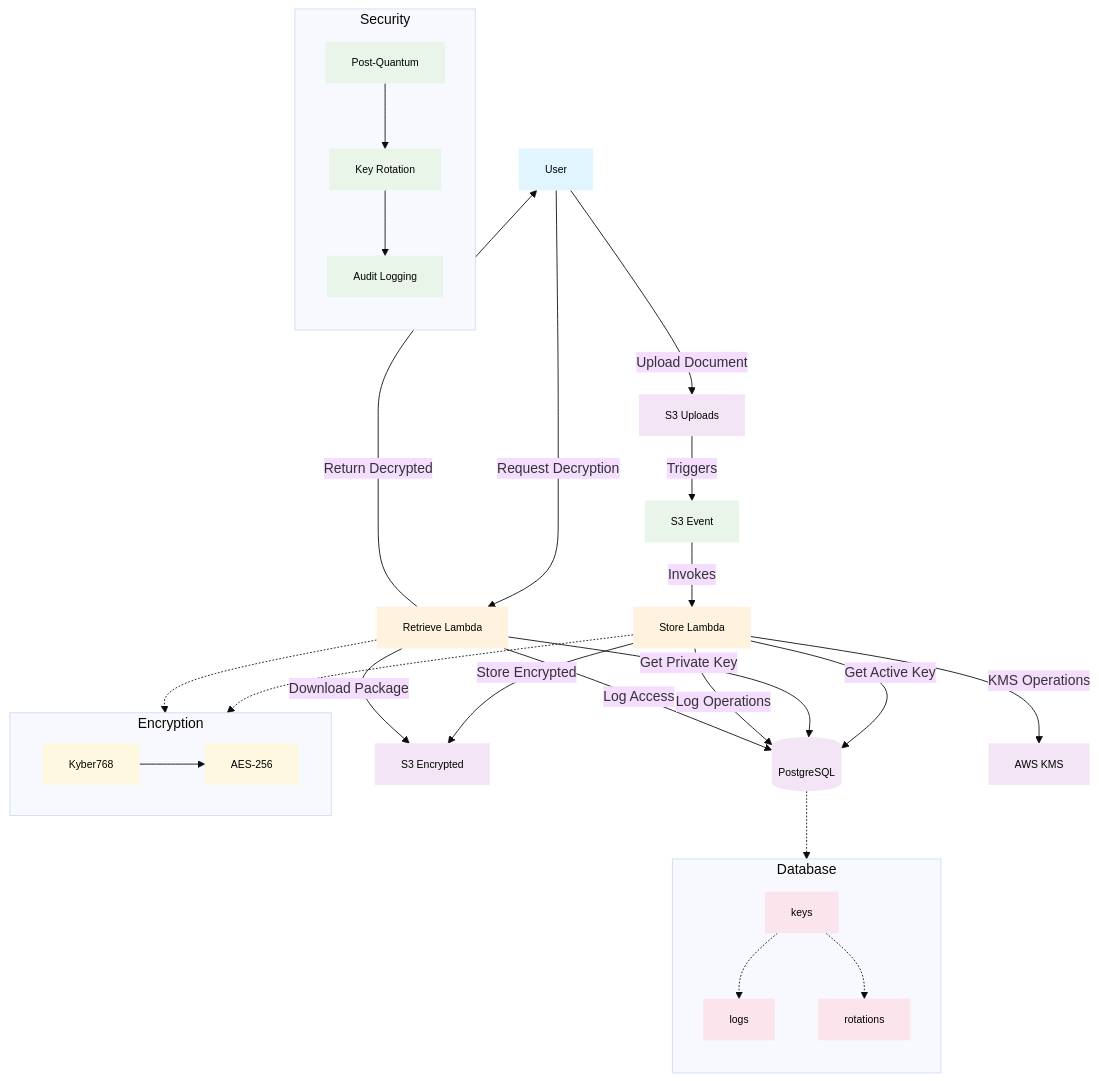
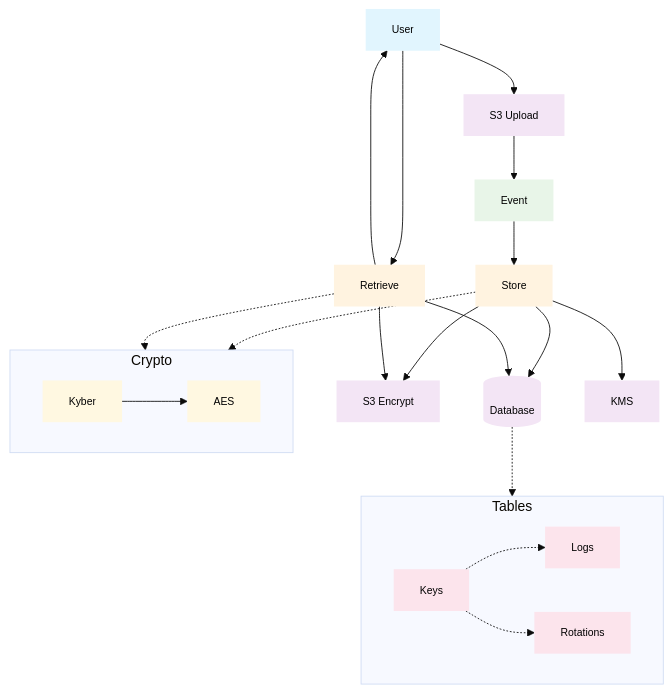
One commit to m1rl0k/pqfile changed the diagram in architecture.mmd. Above: the diagram before and after it, drawn with Mermaid (base theme).

```diff
--- a/architecture.mmd
+++ b/architecture.mmd
@@ -1,86 +1,68 @@
 graph TB
     %% External Components
     User["User"]
-    S3Upload["S3 Uploads"]
-    S3Encrypted["S3 Encrypted"]
+    S3Up["S3 Upload"]
+    S3Enc["S3 Encrypt"]
 
     %% Core Services
-    StoreL["Store Lambda"]
-    RetrieveL["Retrieve Lambda"]
-    DB[("PostgreSQL")]
-    KMS["AWS KMS"]
+    Store["Store"]
+    Retrieve["Retrieve"]
+    DB[("Database")]
+    KMS["KMS"]
 
     %% Event Flow
-    S3Event["S3 Event"]
+    Event["Event"]
     
     %% User Interactions
-    User -->|Upload Document| S3Upload
-    User -->|Request Decryption| RetrieveL
+    User --> S3Up
+    User --> Retrieve
 
     %% Automatic Encryption Flow
-    S3Upload -->|Triggers| S3Event
-    S3Event -->|Invokes| StoreL
-    StoreL -->|Get Active Key| DB
-    StoreL -->|KMS Operations| KMS
-    StoreL -->|Store Encrypted| S3Encrypted
+    S3Up --> Event
+    Event --> Store
+    Store --> DB
+    Store --> KMS
+    Store --> S3Enc
 
     %% Decryption Flow
-    RetrieveL -->|Get Private Key| DB
-    RetrieveL -->|Download Package| S3Encrypted
-    RetrieveL -->|Return Decrypted| User
-
-    %% Database Operations
-    StoreL -->|Log Operations| DB
-    RetrieveL -->|Log Access| DB
+    Retrieve --> DB
+    Retrieve --> S3Enc
+    Retrieve --> User
     
     %% Algorithm Details
-    subgraph Algo ["Encryption"]
-        direction LR
-        Kyber["Kyber768"]
-        AES["AES-256"]
+    subgraph Algo ["Crypto"]
+        Kyber["Kyber"]
+        AES["AES"]
         Kyber --> AES
     end
 
-    StoreL -.-> Algo
-    RetrieveL -.-> Algo
+    Store -.-> Algo
+    Retrieve -.-> Algo
 
     %% Database Schema
-    subgraph DBSchema ["Database"]
-        direction TB
-        EncKeys["keys"]
-        AccessLogs["logs"]
-        KeyRotations["rotations"]
+    subgraph DBSchema ["Tables"]
+        Keys["Keys"]
+        Logs["Logs"]
+        Rots["Rotations"]
 
-        EncKeys -.-> AccessLogs
-        EncKeys -.-> KeyRotations
+        Keys -.-> Logs
+        Keys -.-> Rots
     end
 
     DB -.-> DBSchema
-
-    %% Security Features
-    subgraph Security ["Security"]
-        direction TB
-        PQC["Post-Quantum"]
-        KeyRot["Key Rotation"]
-        Audit["Audit Logging"]
-
-        PQC --> KeyRot
-        KeyRot --> Audit
-    end
     
     %% Styling
-    classDef userClass fill:#e1f5fe,stroke:none,font-size:12px,color:#000
-    classDef lambdaClass fill:#fff3e0,stroke:none,font-size:12px,color:#000
-    classDef storageClass fill:#f3e5f5,stroke:none,font-size:12px,color:#000
-    classDef eventClass fill:#e8f5e8,stroke:none,font-size:12px,color:#000
-    classDef algorithmClass fill:#fff8e1,stroke:none,font-size:12px,color:#000
-    classDef dbClass fill:#fce4ec,stroke:none,font-size:12px,color:#000
+    classDef userClass fill:#e1f5fe,stroke:none,font-size:12px,color:#000,min-width:80px
+    classDef lambdaClass fill:#fff3e0,stroke:none,font-size:12px,color:#000,min-width:80px
+    classDef storageClass fill:#f3e5f5,stroke:none,font-size:12px,color:#000,min-width:80px
+    classDef eventClass fill:#e8f5e8,stroke:none,font-size:12px,color:#000,min-width:80px
+    classDef algorithmClass fill:#fff8e1,stroke:none,font-size:12px,color:#000,min-width:80px
+    classDef dbClass fill:#fce4ec,stroke:none,font-size:12px,color:#000,min-width:80px
 
     class User userClass
-    class StoreL,RetrieveL lambdaClass
-    class S3Upload,S3Encrypted storageClass
+    class Store,Retrieve lambdaClass
+    class S3Up,S3Enc storageClass
     class DB,KMS storageClass
-    class S3Event eventClass
+    class Event eventClass
     class Kyber,AES algorithmClass
-    class EncKeys,AccessLogs,KeyRotations dbClass
-    class PQC,KeyRot,Audit eventClass
+    class Keys,Logs,Rots dbClass
```
